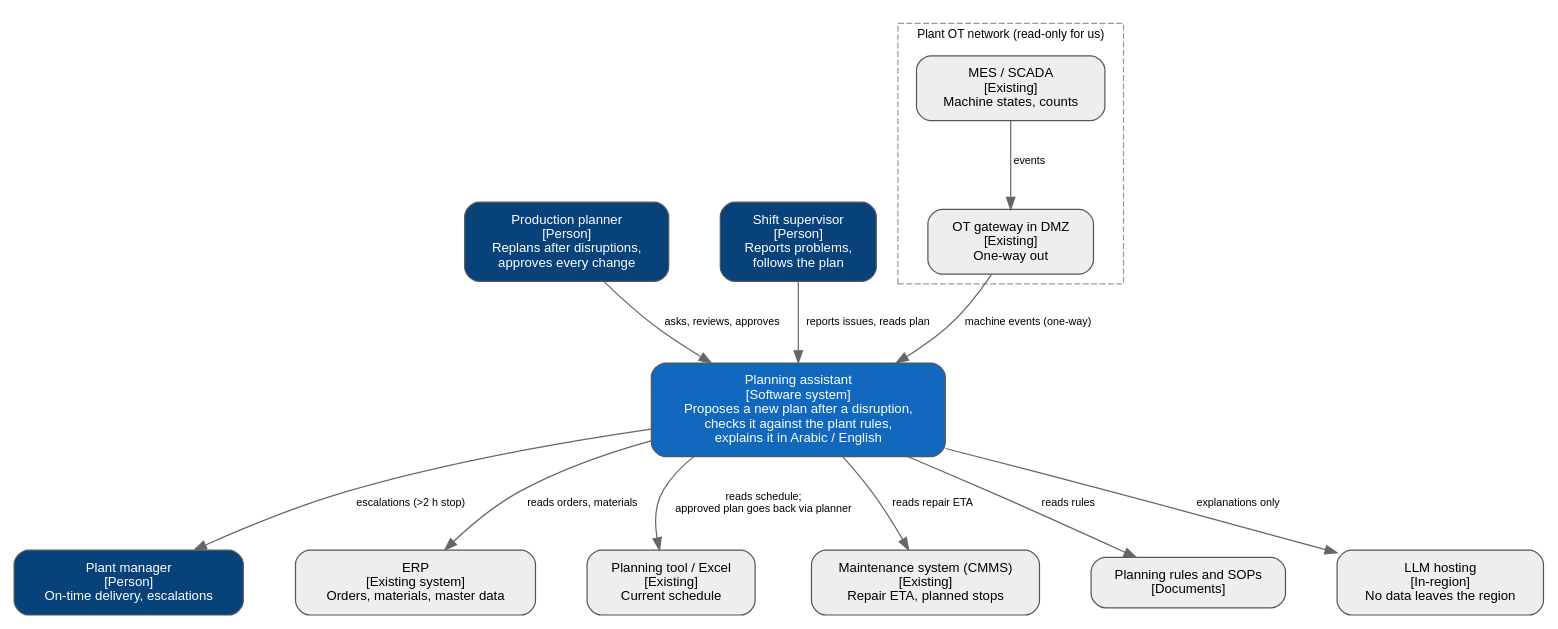
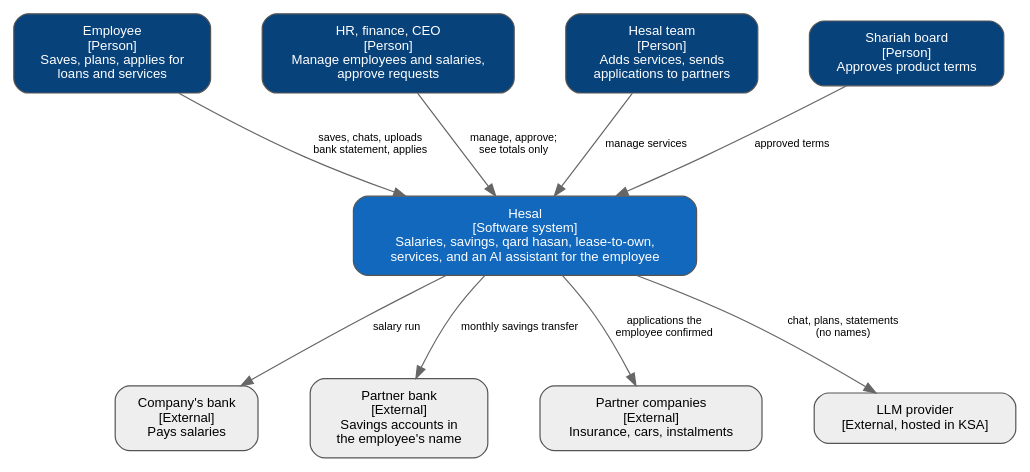
Before and after one commit to AhmadSaleh22/ai-architecture-portfolio: the diagram in diagrams/src/c4-l1-context.dot, drawn with Graphviz. The commit also changed 8 other files, not shown here.

Commit message:
Session 1: Hesal framing, goals, quality attr, c4 level1,2

```diff
--- a/diagrams/src/c4-l1-context.dot
+++ b/diagrams/src/c4-l1-context.dot
@@ -1,36 +1,28 @@
-// C4 Level 1 - System context: Production planning assistant
+// C4 Level 1 - System context: Hesal
 // Render: dot -Tsvg src/c4-l1-context.dot -o c4-l1-context.svg
 digraph L1 {
-  rankdir=TB; nodesep=0.6; ranksep=0.8;
+  rankdir=TB; nodesep=0.6; ranksep=0.9;
   node [shape=box, style="rounded,filled", fontname="Helvetica", fontsize=11, color="#555555", fillcolor="#eeeeee", margin="0.2,0.12"];
   edge [fontname="Helvetica", fontsize=9, color="#666666"];
 
-  planner    [label="Production planner\n[Person]\nReplans after disruptions,\napproves every change", fillcolor="#08427b", fontcolor="white"];
-  supervisor [label="Shift supervisor\n[Person]\nReports problems,\nfollows the plan", fillcolor="#08427b", fontcolor="white"];
-  manager    [label="Plant manager\n[Person]\nOn-time delivery, escalations", fillcolor="#08427b", fontcolor="white"];
+  employee [label="Employee\n[Person]\nSaves, plans, applies for\nloans and services", fillcolor="#08427b", fontcolor="white"];
+  admins   [label="HR, finance, CEO\n[Person]\nManage employees and salaries,\napprove requests", fillcolor="#08427b", fontcolor="white"];
+  team     [label="Hesal team\n[Person]\nAdds services, sends\napplications to partners", fillcolor="#08427b", fontcolor="white"];
+  shariah  [label="Shariah board\n[Person]\nApproves product terms", fillcolor="#08427b", fontcolor="white"];
 
-  assistant  [label="Planning assistant\n[Software system]\nProposes a new plan after a disruption,\nchecks it against the plant rules,\nexplains it in Arabic / English", fillcolor="#1168bd", fontcolor="white", width=3.2];
+  hesal [label="Hesal\n[Software system]\nSalaries, savings, qard hasan, lease-to-own,\nservices, and an AI assistant for the employee", fillcolor="#1168bd", fontcolor="white", width=3.4];
 
-  erp   [label="ERP\n[Existing system]\nOrders, materials, master data"];
-  aps   [label="Planning tool / Excel\n[Existing]\nCurrent schedule"];
-  cmms  [label="Maintenance system (CMMS)\n[Existing]\nRepair ETA, planned stops"];
-  docs  [label="Planning rules and SOPs\n[Documents]"];
-  llm   [label="LLM hosting\n[In-region]\nNo data leaves the region"];
+  cobank  [label="Company's bank\n[External]\nPays salaries"];
+  pbank   [label="Partner bank\n[External]\nSavings accounts in\nthe employee's name"];
+  partner [label="Partner companies\n[External]\nInsurance, cars, instalments"];
+  llm     [label="LLM provider\n[External, hosted in KSA]"];
 
-  subgraph cluster_ot {
-    label="Plant OT network (read-only for us)"; fontname="Helvetica"; fontsize=10; style="dashed"; color="#999999";
-    mes [label="MES / SCADA\n[Existing]\nMachine states, counts"];
-    gw  [label="OT gateway in DMZ\n[Existing]\nOne-way out"];
-    mes -> gw [label="events"];
-  }
-
-  planner -> assistant    [label="asks, reviews, approves"];
-  supervisor -> assistant [label="reports issues, reads plan"];
-  assistant -> manager    [label="escalations (>2 h stop)"];
-  assistant -> erp        [label="reads orders, materials"];
-  assistant -> aps        [label="reads schedule;\napproved plan goes back via planner"];
-  assistant -> cmms       [label="reads repair ETA"];
-  assistant -> docs       [label="reads rules"];
-  assistant -> llm        [label="explanations only"];
-  gw -> assistant         [label="machine events (one-way)"];
+  employee -> hesal [label="saves, chats, uploads\nbank statement, applies"];
+  admins   -> hesal [label="manage, approve;\nsee totals only"];
+  team     -> hesal [label="manage services"];
+  shariah  -> hesal [label="approved terms"];
+  hesal -> cobank  [label="salary run"];
+  hesal -> pbank   [label="monthly savings transfer"];
+  hesal -> partner [label="applications the\nemployee confirmed"];
+  hesal -> llm     [label="chat, plans, statements\n(no names)"];
 }
```
